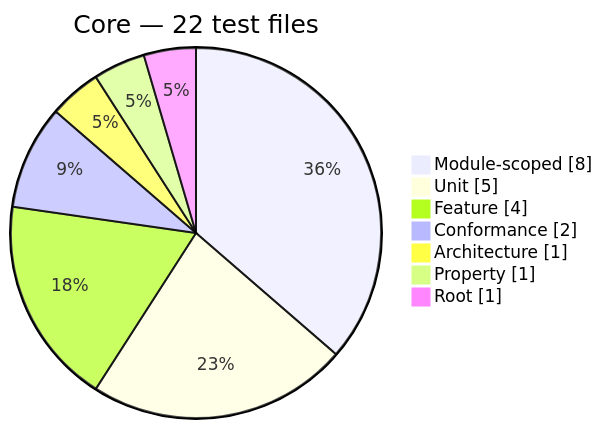
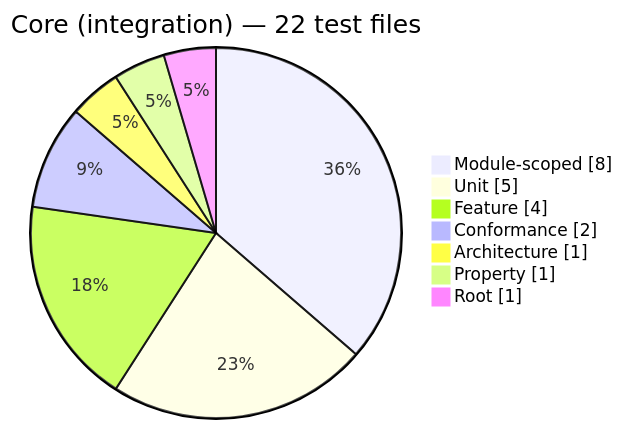
The sixth of 7 diagrams in docs/generated/test-composition.md (Mohammed-Alama/php-arazzo), drawn with Mermaid before and after one commit. The commit also changed other lines of this file and 99 other files, not shown here.

````diff
--- a/docs/generated/test-composition.md
+++ b/docs/generated/test-composition.md
@@ -14,11 +86,11 @@
 ```mermaid
 pie showData
-    title Core — 22 test files
+    title Core (integration) — 22 test files
     "Module-scoped": 8
     "Unit": 5
     "Feature": 4
     "Conformance": 2
     "Architecture": 1
     "Property": 1
     "Root": 1
 ```
````
